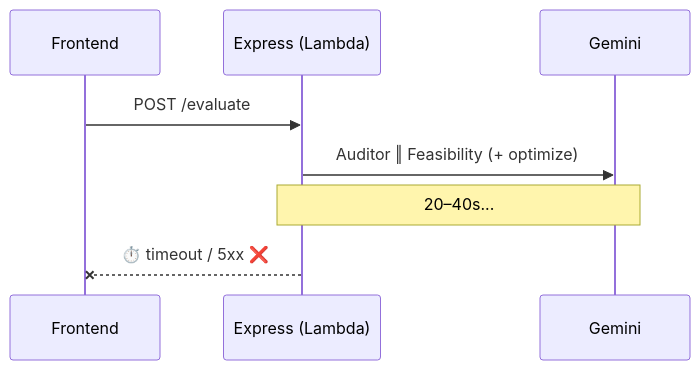
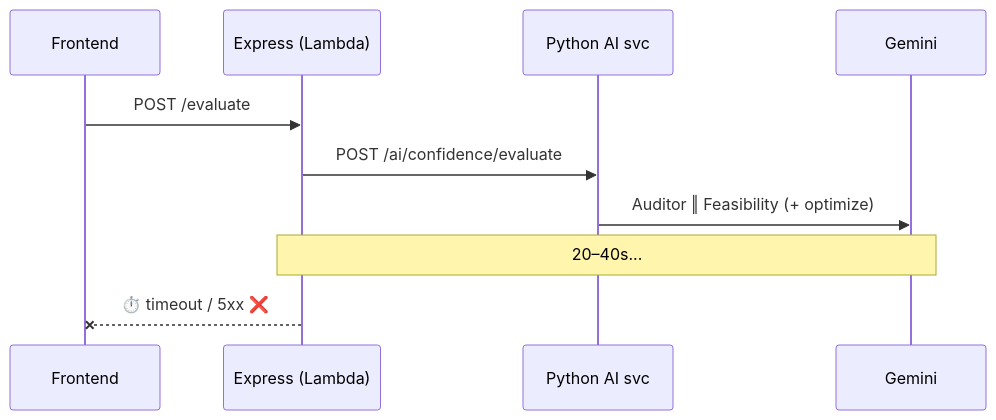
The first of 2 diagrams in docs/specifications/ai_features/stories/AIA-01-async-evaluation-jobs.md (FixFlow-AI/FixFlow-AI-web), drawn with Mermaid before and after one commit. The commit also changed other lines of this file and 13 other files, not shown here.

````diff
--- a/docs/specifications/ai_features/stories/AIA-01-async-evaluation-jobs.md
+++ b/docs/specifications/ai_features/stories/AIA-01-async-evaluation-jobs.md
@@ -29,10 +30,12 @@
 ```mermaid
 sequenceDiagram
     participant FE as Frontend
     participant API as Express (Lambda)
+    participant PY as Python AI svc
     participant G as Gemini
     FE->>API: POST /evaluate
-    API->>G: Auditor ‖ Feasibility (+ optimize)
+    API->>PY: POST /ai/confidence/evaluate
+    PY->>G: Auditor ‖ Feasibility (+ optimize)
     Note over API,G: 20–40s...
     API--xFE: ⏱️ timeout / 5xx ❌
 ```
````
